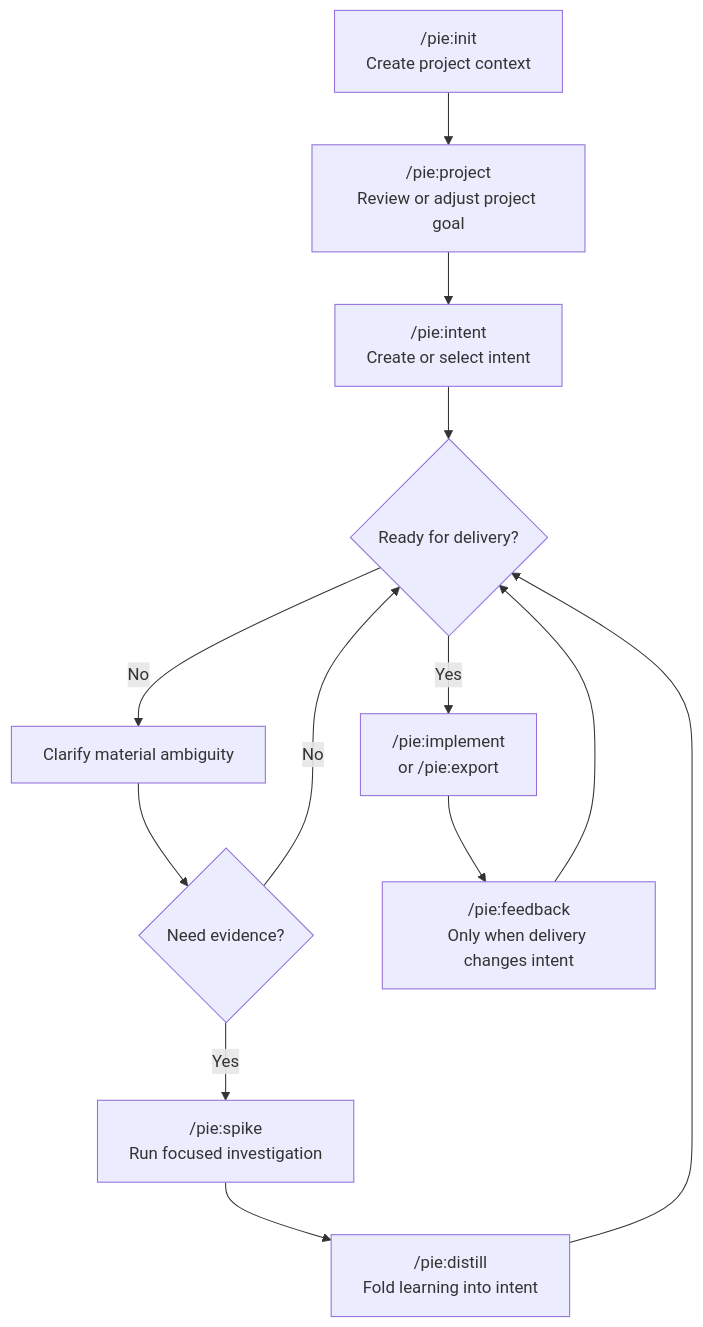
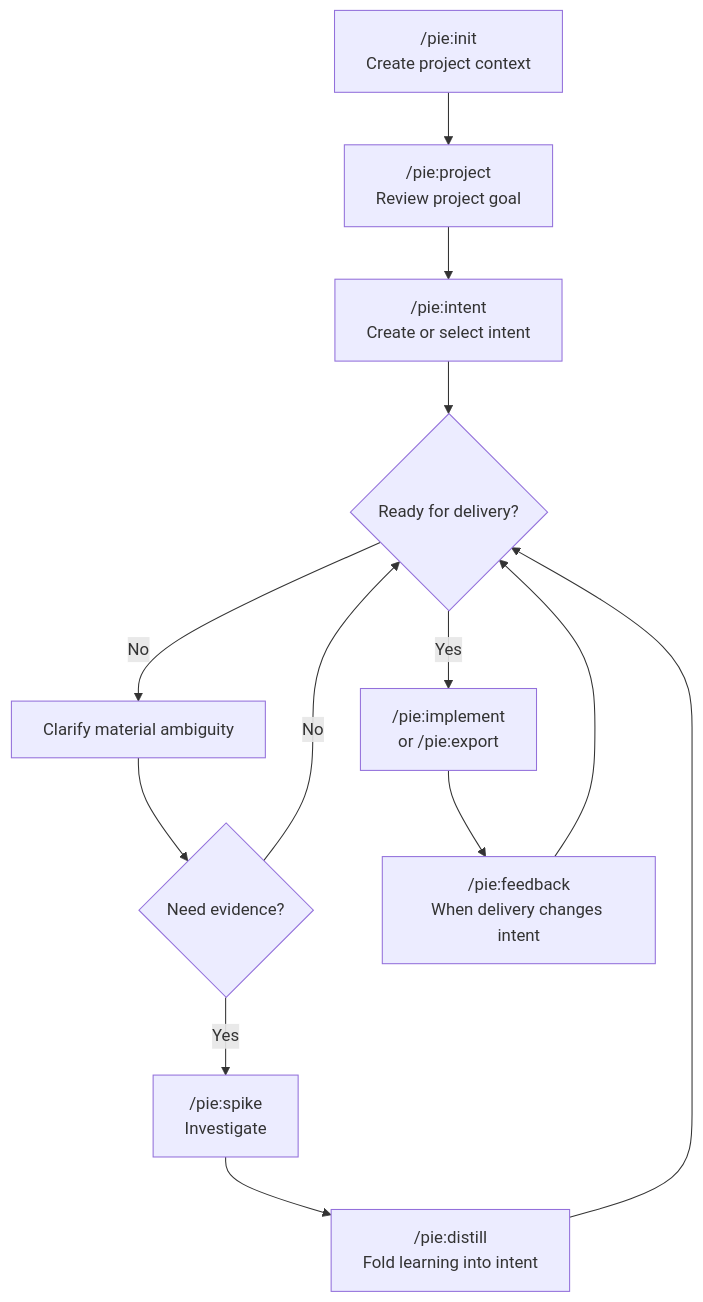
Before and after one commit to qiangxue/pie: the second of 2 diagrams in README.md, drawn with Mermaid. The commit also changed other lines of this file and 18 other files, not shown here.

````diff
--- a/README.md
+++ b/README.md
@@ -97,20 +71,20 @@
 ```mermaid
 flowchart TD
   Init["/pie:init<br/>Create project context"]
-  ProjectCmd["/pie:project<br/>Review or adjust project goal"]
+  ProjectCmd["/pie:project<br/>Review project goal"]
   IntentCmd["/pie:intent<br/>Create or select intent"]
-  Assess{"Ready for delivery?"}
+  Ready{"Ready for delivery?"}
   Clarify["Clarify material ambiguity"]
-  NeedSpike{"Need evidence?"}
-  SpikeCmd["/pie:spike<br/>Run focused investigation"]
+  NeedEvidence{"Need evidence?"}
+  SpikeCmd["/pie:spike<br/>Investigate"]
   Distill["/pie:distill<br/>Fold learning into intent"]
   Deliver["/pie:implement<br/>or /pie:export"]
-  FeedbackCmd["/pie:feedback<br/>Only when delivery changes intent"]
+  FeedbackCmd["/pie:feedback<br/>When delivery changes intent"]
 
-  Init --> ProjectCmd --> IntentCmd --> Assess
-  Assess -- "No" --> Clarify --> NeedSpike
-  NeedSpike -- "Yes" --> SpikeCmd --> Distill --> Assess
-  NeedSpike -- "No" --> Assess
-  Assess -- "Yes" --> Deliver --> FeedbackCmd
-  FeedbackCmd --> Assess
+  Init --> ProjectCmd --> IntentCmd --> Ready
+  Ready -- "No" --> Clarify --> NeedEvidence
+  NeedEvidence -- "Yes" --> SpikeCmd --> Distill --> Ready
+  NeedEvidence -- "No" --> Ready
+  Ready -- "Yes" --> Deliver --> FeedbackCmd
+  FeedbackCmd --> Ready
 ```
````
